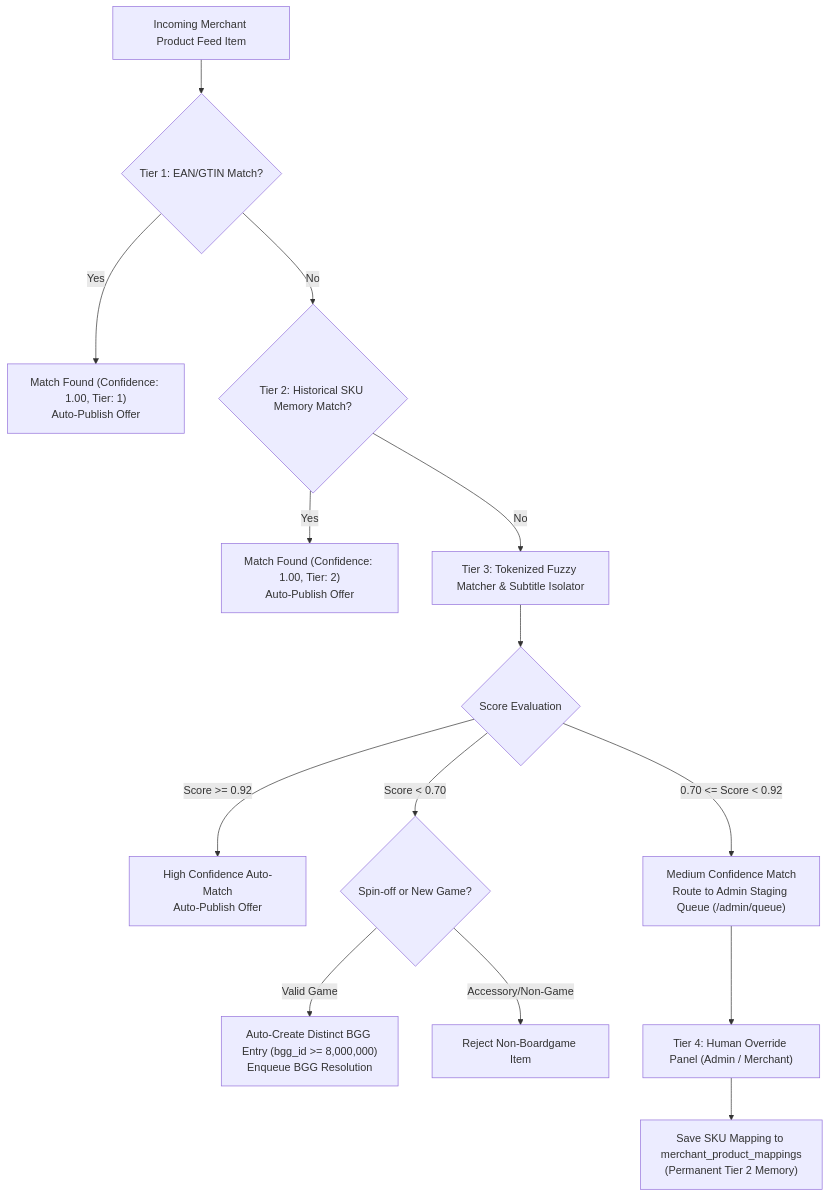
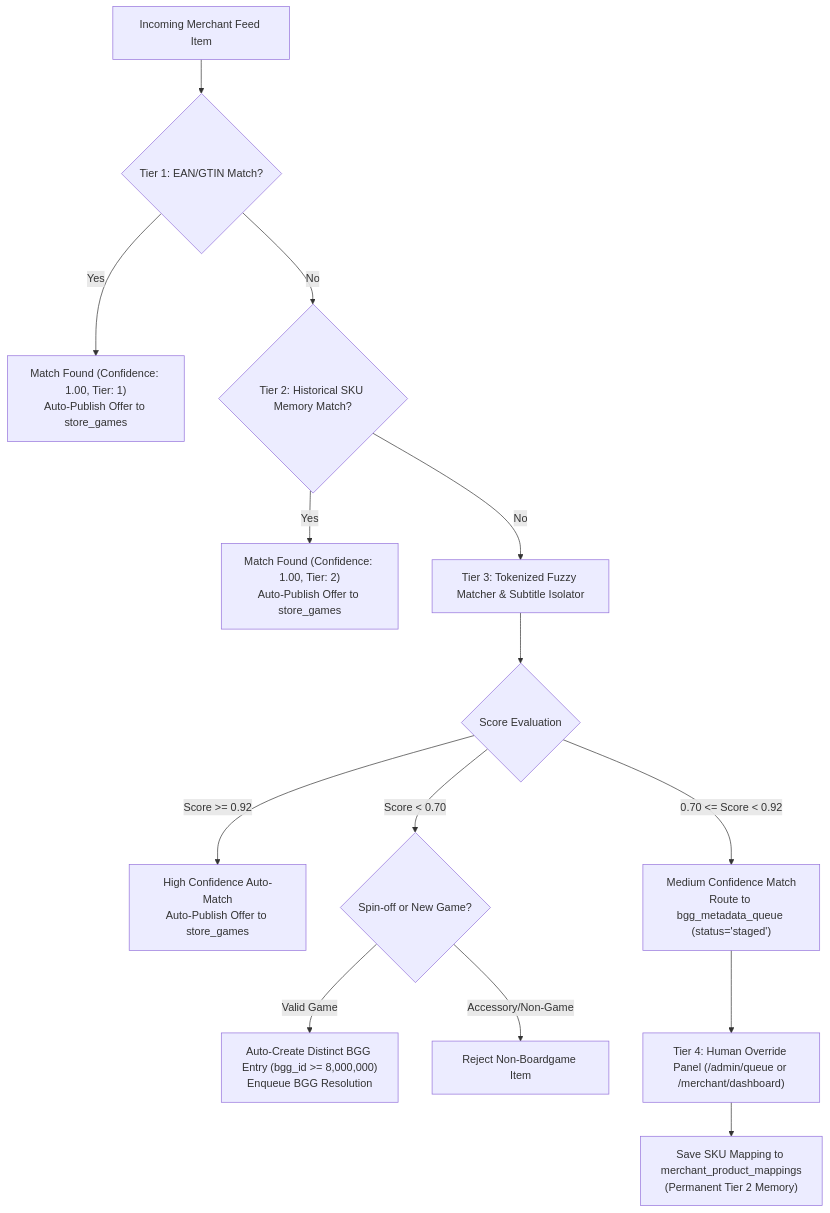
Before and after one commit to zapata131/elmeeple-tienda: the third of 4 diagrams in MASTER_SPECIFICATION.md, drawn with Mermaid. The commit also changed other lines of this file, not shown here.

````diff
--- a/MASTER_SPECIFICATION.md
+++ b/MASTER_SPECIFICATION.md
@@ -347,16 +367,16 @@
 ```mermaid
 flowchart TD
-    Item["Incoming Merchant Product Feed Item"] --> T1{"Tier 1: EAN/GTIN Match?"}
-    T1 -- Yes --> Match1["Match Found (Confidence: 1.00, Tier: 1)<br/>Auto-Publish Offer"]
+    Item["Incoming Merchant Feed Item"] --> T1{"Tier 1: EAN/GTIN Match?"}
+    T1 -- Yes --> Match1["Match Found (Confidence: 1.00, Tier: 1)<br/>Auto-Publish Offer to store_games"]
     T1 -- No --> T2{"Tier 2: Historical SKU Memory Match?"}
-    T2 -- Yes --> Match2["Match Found (Confidence: 1.00, Tier: 2)<br/>Auto-Publish Offer"]
+    T2 -- Yes --> Match2["Match Found (Confidence: 1.00, Tier: 2)<br/>Auto-Publish Offer to store_games"]
     T2 -- No --> T3["Tier 3: Tokenized Fuzzy Matcher & Subtitle Isolator"]
     T3 --> ScoreEval{"Score Evaluation"}
-    ScoreEval -- "Score >= 0.92" --> Match3["High Confidence Auto-Match<br/>Auto-Publish Offer"]
-    ScoreEval -- "0.70 <= Score < 0.92" --> Staging["Medium Confidence Match<br/>Route to Admin Staging Queue (/admin/queue)"]
+    ScoreEval -- "Score >= 0.92" --> Match3["High Confidence Auto-Match<br/>Auto-Publish Offer to store_games"]
+    ScoreEval -- "0.70 <= Score < 0.92" --> Staging["Medium Confidence Match<br/>Route to bgg_metadata_queue (status='staged')"]
     ScoreEval -- "Score < 0.70" --> SpinOffCheck{"Spin-off or New Game?"}
     SpinOffCheck -- Valid Game --> AutoCreate["Auto-Create Distinct BGG Entry (bgg_id >= 8,000,000)<br/>Enqueue BGG Resolution"]
     SpinOffCheck -- Accessory/Non-Game --> Reject["Reject Non-Boardgame Item"]
-    Staging --> T4["Tier 4: Human Override Panel (Admin / Merchant)"]
+    Staging --> T4["Tier 4: Human Override Panel (/admin/queue or /merchant/dashboard)"]
     T4 --> SaveMemory["Save SKU Mapping to merchant_product_mappings<br/>(Permanent Tier 2 Memory)"]
 ```
````
